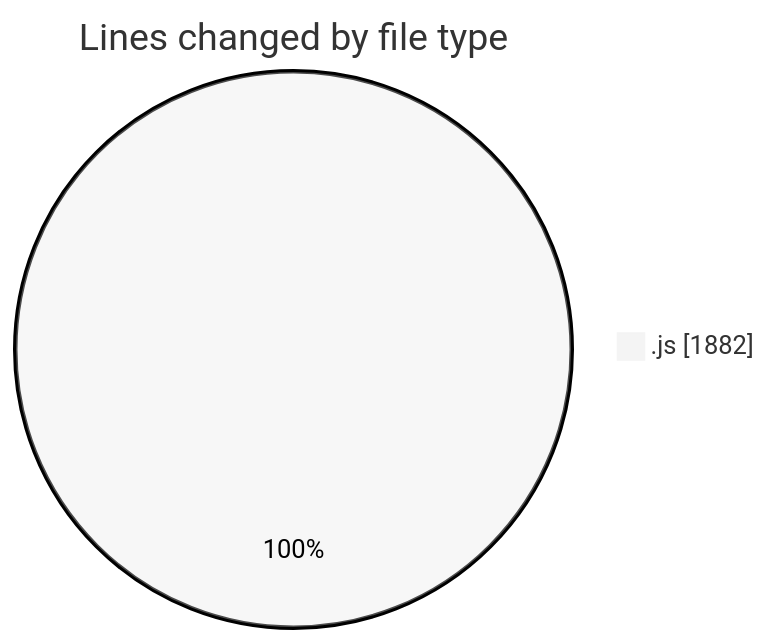
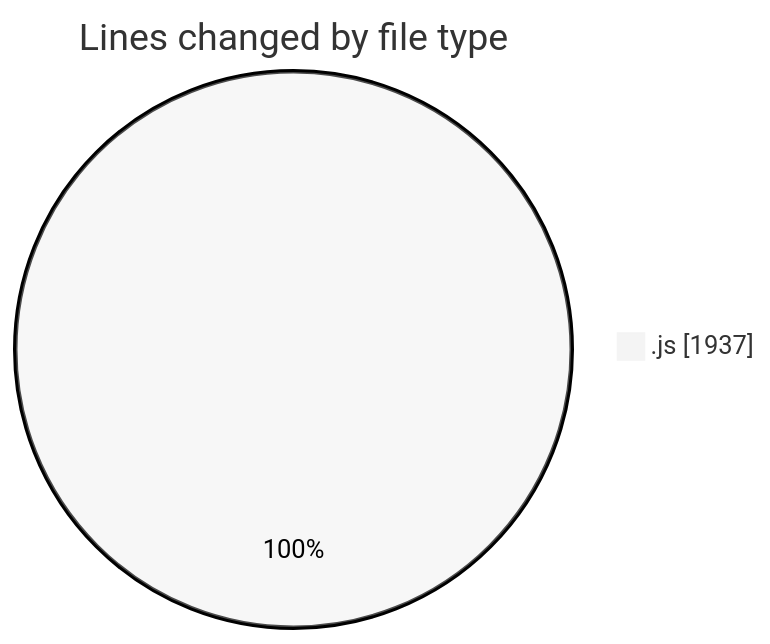
One commit to nxtqubesakshisongat/code-tracking changed the first of 2 diagrams in 2025-08-31/nxtqube_webapp/README.md. Above: the diagram before and after it, drawn with Mermaid (neutral theme). The commit also changed other lines of this file and 1 other file, not shown here.

````diff
--- a/2025-08-31/nxtqube_webapp/README.md
+++ b/2025-08-31/nxtqube_webapp/README.md
@@ -20,5 +20,5 @@
 ```mermaid
 pie showData
 title Lines changed by file type
-".js" : 1882
+".js" : 1937
 ```
````
